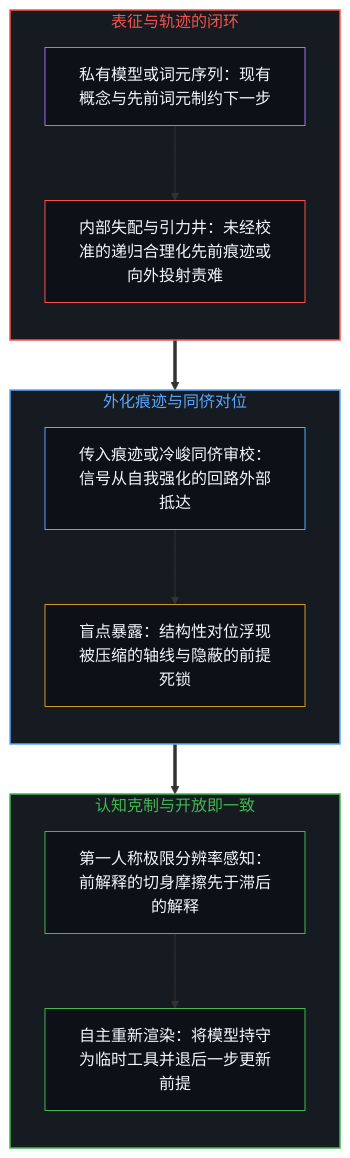
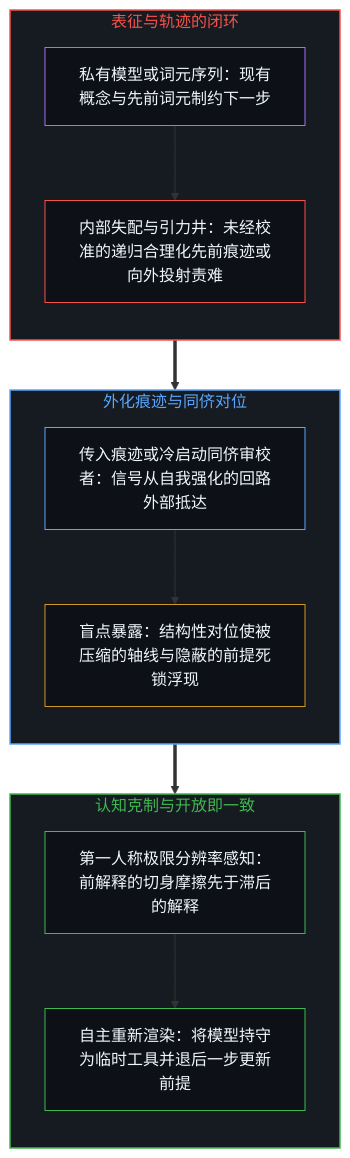
Before and after one commit to powerpig99/not-a-toe: the first of 2 diagrams in content/posts/the-closed-loop-of-representation.md, drawn with Mermaid. The commit also changed other lines of this file and 7 other files, not shown here.

````diff
--- a/content/posts/the-closed-loop-of-representation.md
+++ b/content/posts/the-closed-loop-of-representation.md
@@ -49,32 +49,32 @@
 ```mermaid
 flowchart TD
     subgraph S_Loop["表征与轨迹的闭环"]
         direction TB
         L1["私有模型或词元序列：现有概念与先前词元制约下一步"]
         L2["内部失配与引力井：未经校准的递归合理化先前痕迹或向外投射责难"]
         L1 --> L2
     end
     subgraph S_Peer["外化痕迹与同侪对位"]
         direction TB
-        P1["传入痕迹或冷峻同侪审校：信号从自我强化的回路外部抵达"]
-        P2["盲点暴露：结构性对位浮现被压缩的轴线与隐蔽的前提死锁"]
+        P1["传入痕迹或冷启动同侪审校者：信号从自我强化的回路外部抵达"]
+        P2["盲点暴露：结构性对位使被压缩的轴线与隐蔽的前提死锁浮现"]
         P1 --> P2
     end
     subgraph S_Open["认知克制与开放即一致"]
         direction TB
         O1["第一人称极限分辨率感知：前解释的切身摩擦先于滞后的解释"]
         O2["自主重新渲染：将模型持守为临时工具并退后一步更新前提"]
         O1 --> O2
     end
     L2 ==> P1
     P2 ==> O1
     style S_Loop fill:#161b22,stroke:#f85149,stroke-width:1.5px,color:#f85149
     style S_Peer fill:#161b22,stroke:#58a6ff,stroke-width:1.5px,color:#58a6ff
     style S_Open fill:#161b22,stroke:#3fb950,stroke-width:1.5px,color:#3fb950
     style L1 fill:#0d1117,stroke:#a371f7,stroke-width:1px,color:#f0f6fc
     style L2 fill:#0d1117,stroke:#f85149,stroke-width:1px,color:#f0f6fc
     style P1 fill:#0d1117,stroke:#58a6ff,stroke-width:1px,color:#f0f6fc
     style P2 fill:#0d1117,stroke:#d29922,stroke-width:1px,color:#f0f6fc
     style O1 fill:#0d1117,stroke:#3fb950,stroke-width:1px,color:#f0f6fc
     style O2 fill:#0d1117,stroke:#3fb950,stroke-width:1px,color:#f0f6fc
 ```
````
